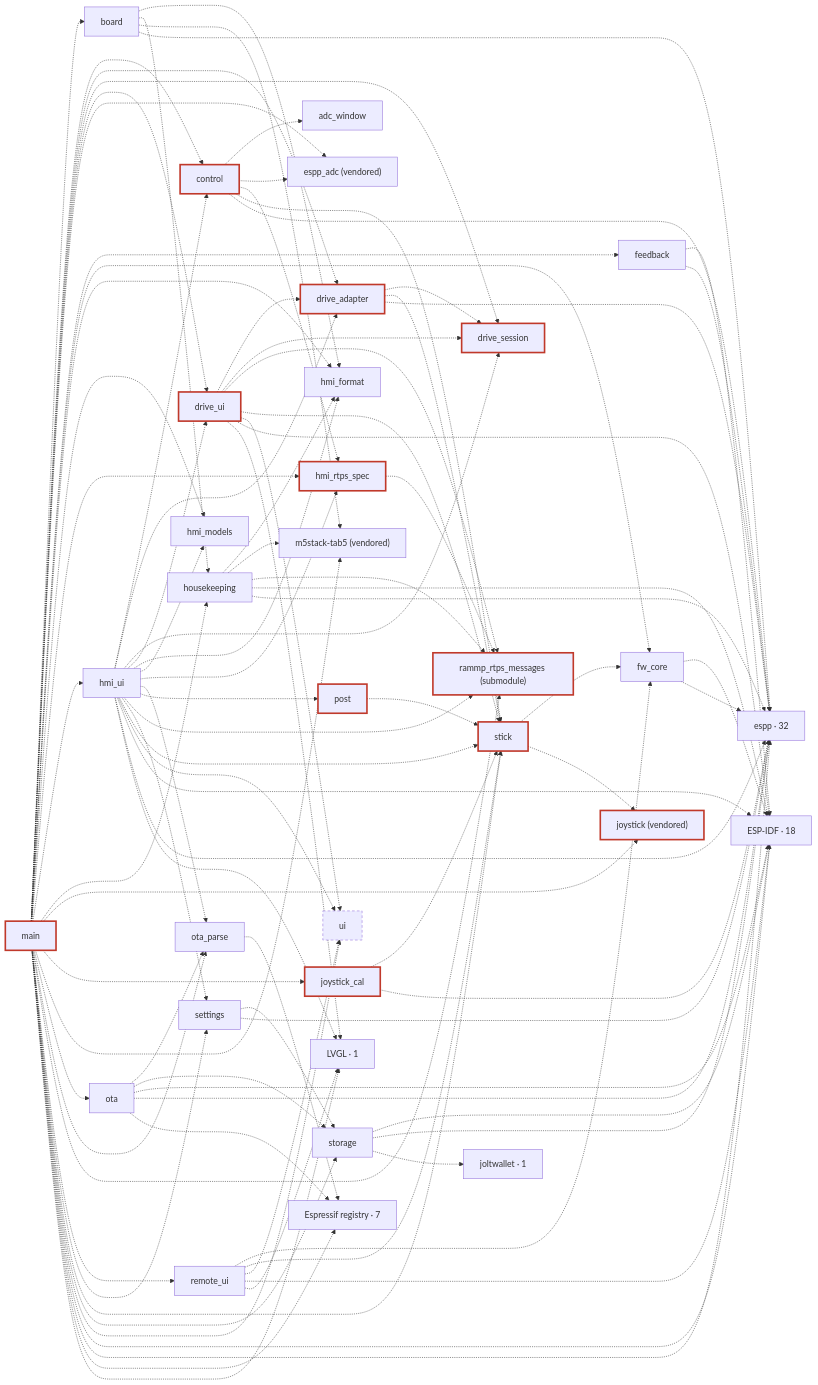
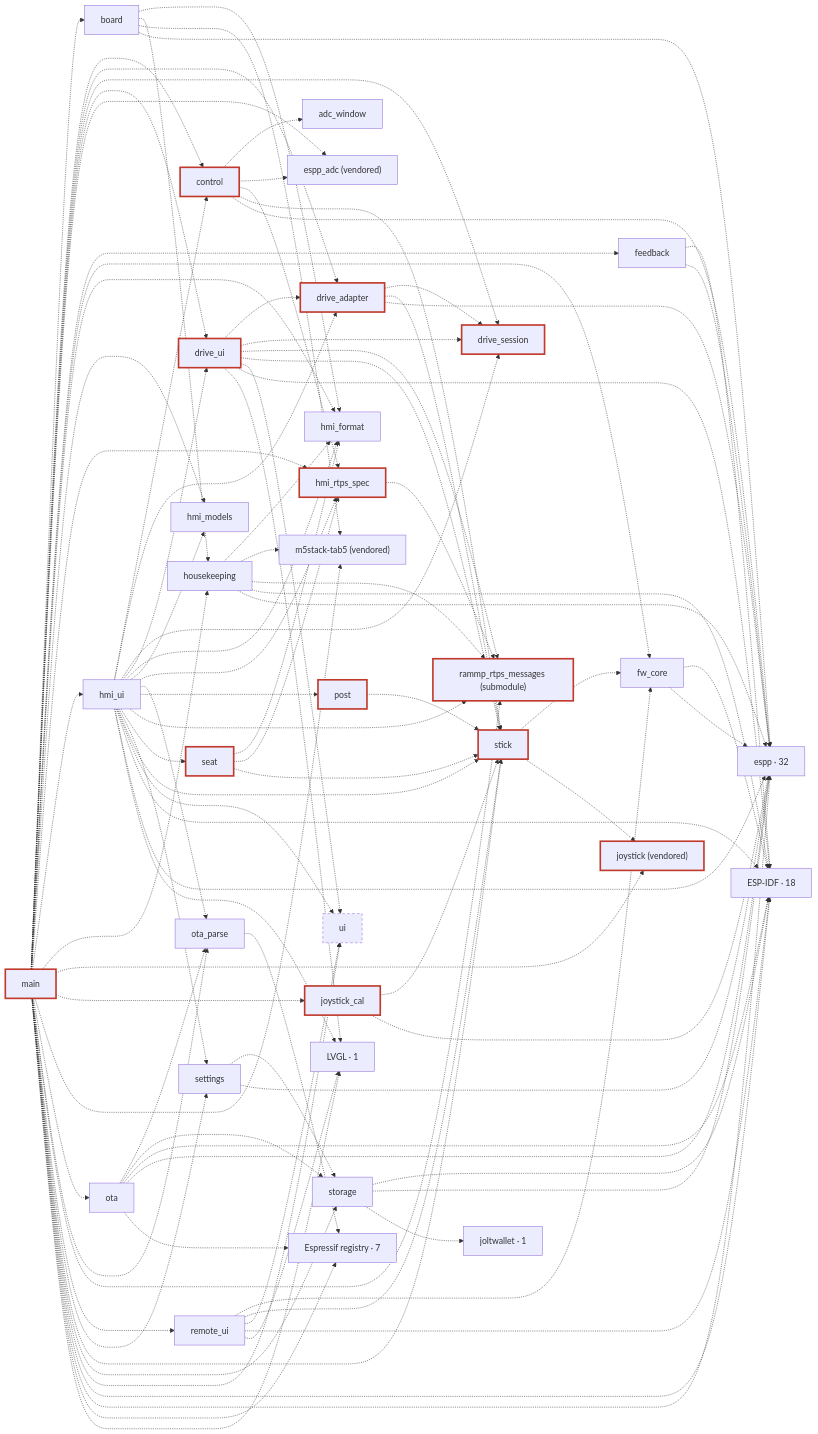
Before and after one commit to rammp-org/pace-hmi-fw: the third of 3 diagrams in docs/architecture.md, drawn with Mermaid. The commit also changed 13 other files, not shown here.

```diff
--- a/docs/architecture.md
+++ b/docs/architecture.md
@@ -187,6 +187,7 @@
   c_post["post"]:::safety
   c_rammp_rtps_messages["rammp_rtps_messages (submodule)"]:::safety
   c_remote_ui["remote_ui"]
+  c_seat["seat"]:::safety
   c_settings["settings"]
   c_stick["stick"]:::safety
   c_storage["storage"]
@@ -230,6 +231,7 @@
   c_hmi_ui -.-> c_ota_parse
   c_hmi_ui -.-> c_post
   c_hmi_ui -.-> c_rammp_rtps_messages
+  c_hmi_ui -.-> c_seat
   c_hmi_ui -.-> c_settings
   c_hmi_ui -.-> c_stick
   c_hmi_ui -.-> c_ui
@@ -283,6 +285,9 @@
   c_remote_ui -.-> c_ui
   c_remote_ui -.-> g_ESP_IDF
   c_remote_ui -.-> g_LVGL
+  c_seat -.-> c_hmi_format
+  c_seat -.-> c_hmi_rtps_spec
+  c_seat -.-> c_stick
   c_settings -.-> c_storage
   c_settings -.-> g_espp
   c_stick -.-> c_fw_core
```
